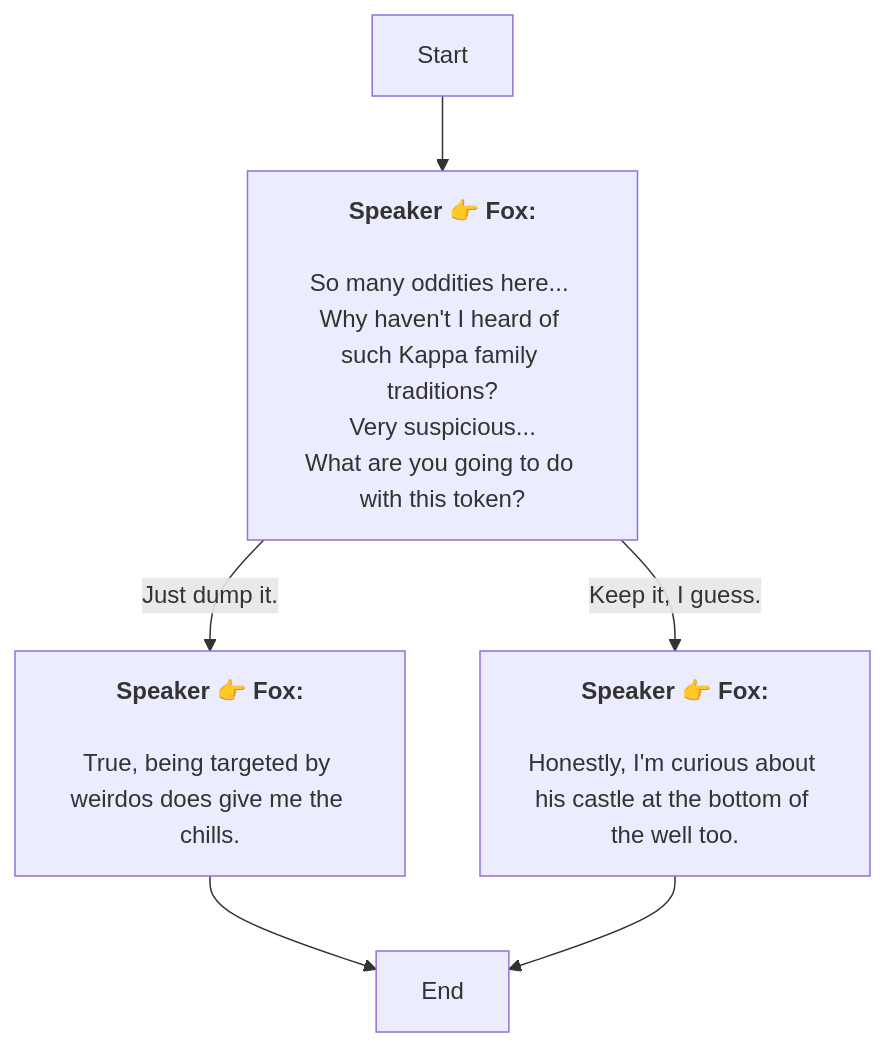
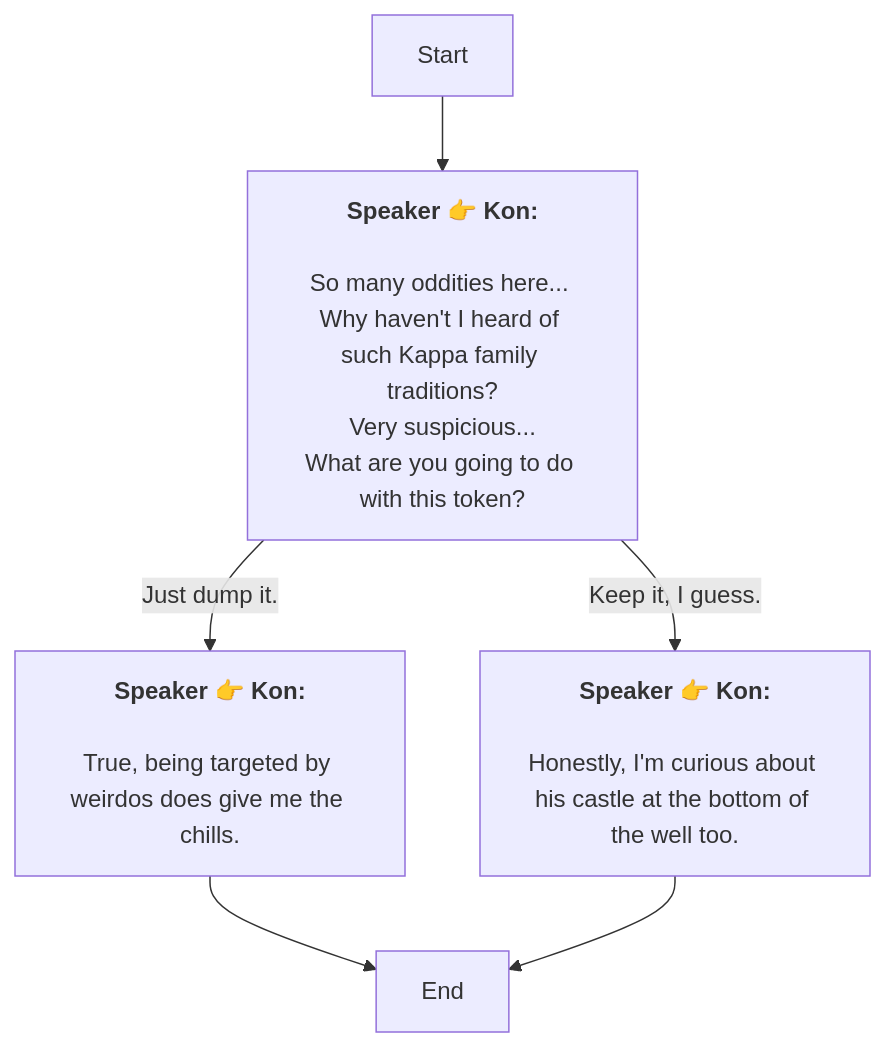
The diagram in En/AddDialogNode_1739767335847315.md (SoftHu/tos_avg), drawn with Mermaid before and after one commit. The commit also changed 730 other files, not shown here.

````diff
--- a/En/AddDialogNode_1739767335847315.md
+++ b/En/AddDialogNode_1739767335847315.md
@@ -1,14 +1,14 @@
 ```mermaid
 graph
-Start -->1739767866078614[<b>Speaker 👉 Fox:</b>
+Start -->1739767866078614[<b>Speaker 👉 Kon:</b>
 \nSo many oddities here... 
 Why haven't I heard of such Kappa family traditions?\nVery suspicious...
 What are you going to do with this token?]
-1739767866078614 -->|Keep it, I guess.|1739769214963101[<b>Speaker 👉 Fox:</b>
+1739767866078614 -->|Keep it, I guess.|1739769214963101[<b>Speaker 👉 Kon:</b>
 \nHonestly, I'm curious about his castle at the bottom of the well too.]
-1739767866078614 -->|Just dump it.|1739769210485148[<b>Speaker 👉 Fox:</b>
+1739767866078614 -->|Just dump it.|1739769210485148[<b>Speaker 👉 Kon:</b>
 \nTrue, being targeted by weirdos does give me the chills.]
 1739769210485148 -->1739769433688478[End]
 1739769214963101 -->1739769433688478[End]
 
 ```
````
